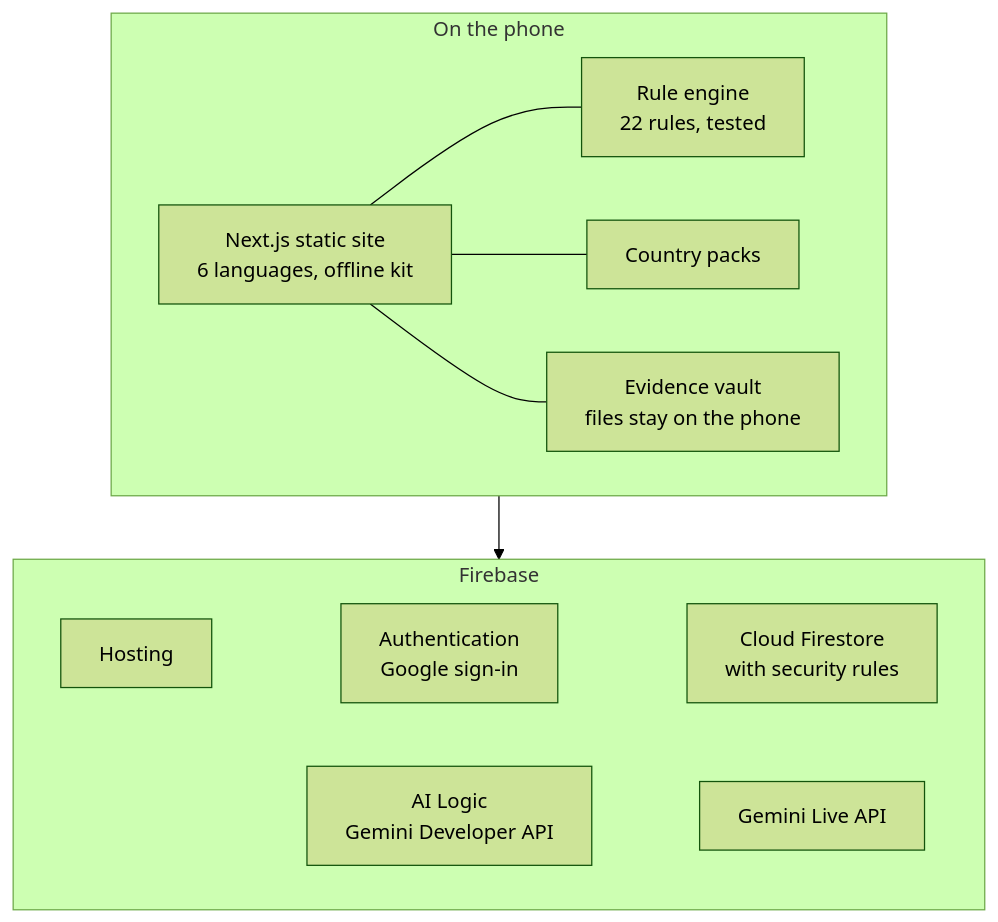
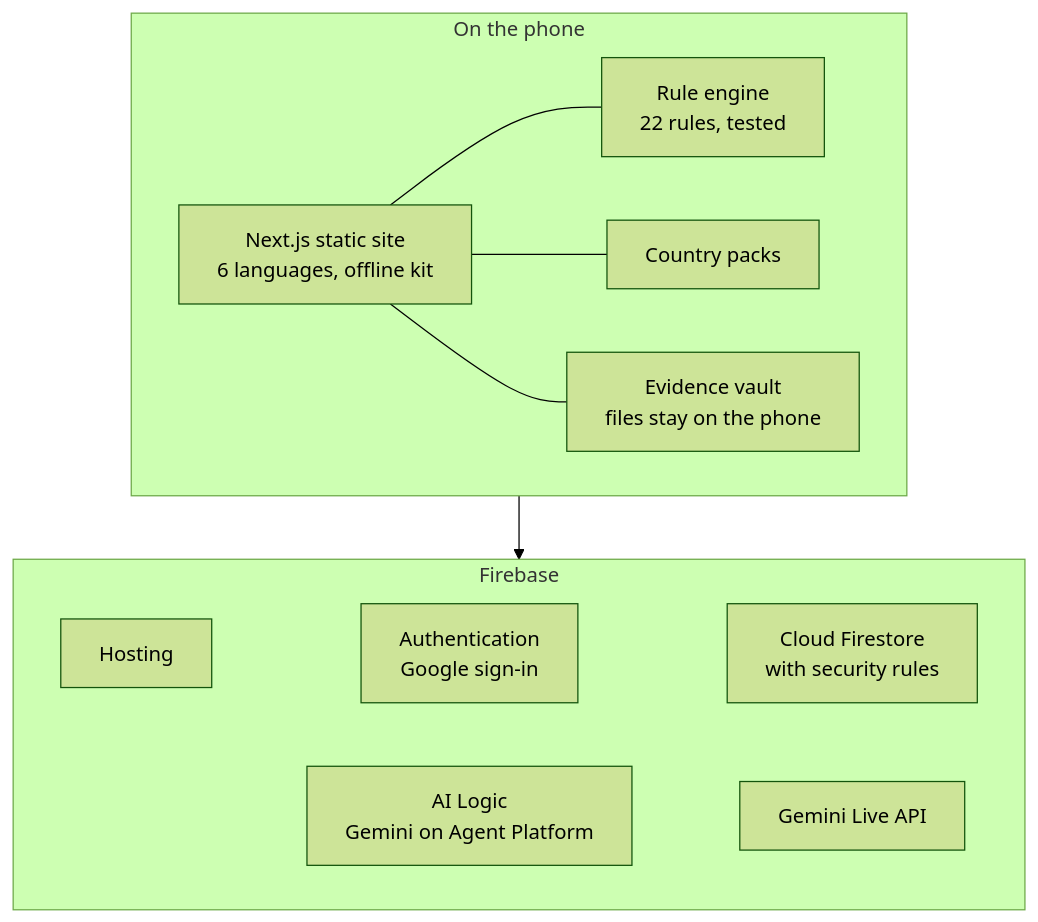
Before and after one commit to ahsaanmunir53/perdas-guard: the first of 2 diagrams in README.md, drawn with Mermaid (forest theme). The commit also changed other lines of this file and 13 other files, not shown here.

Commit message:
Gemini on Agent Platform for the web app

````diff
--- a/README.md
+++ b/README.md
@@ -133,19 +133,19 @@
 ```mermaid
 flowchart TB
   subgraph phone["On the phone"]
     direction LR
     app["Next.js static site<br/>6 languages, offline kit"]
     engine["Rule engine<br/>22 rules, tested"]
     packs["Country packs"]
     vault["Evidence vault<br/>files stay on the phone"]
     app --- engine
     app --- packs
     app --- vault
   end
   subgraph firebase["Firebase"]
     direction LR
     hosting["Hosting"] ~~~ auth["Authentication<br/>Google sign-in"] ~~~ firestore["Cloud Firestore<br/>with security rules"]
-    ailogic["AI Logic<br/>Gemini Developer API"] ~~~ live["Gemini Live API"]
+    ailogic["AI Logic<br/>Gemini on Agent Platform"] ~~~ live["Gemini Live API"]
   end
   phone --> firebase
 ```
````
